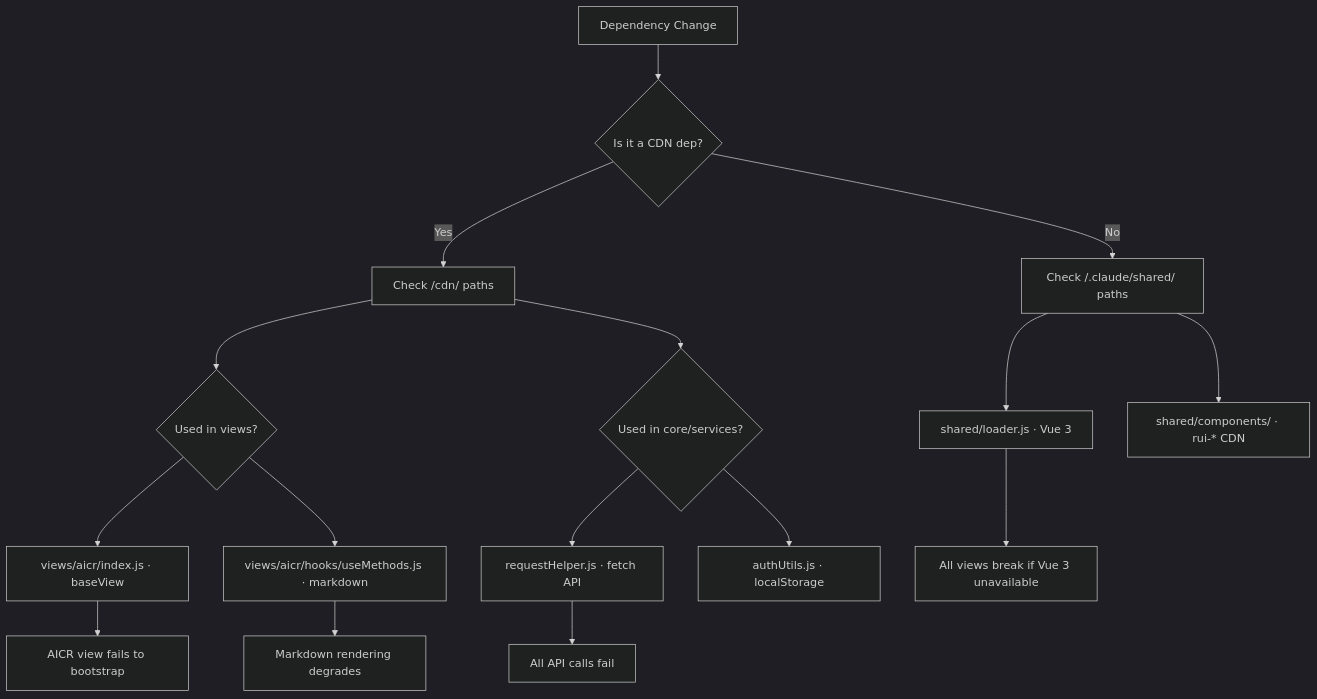
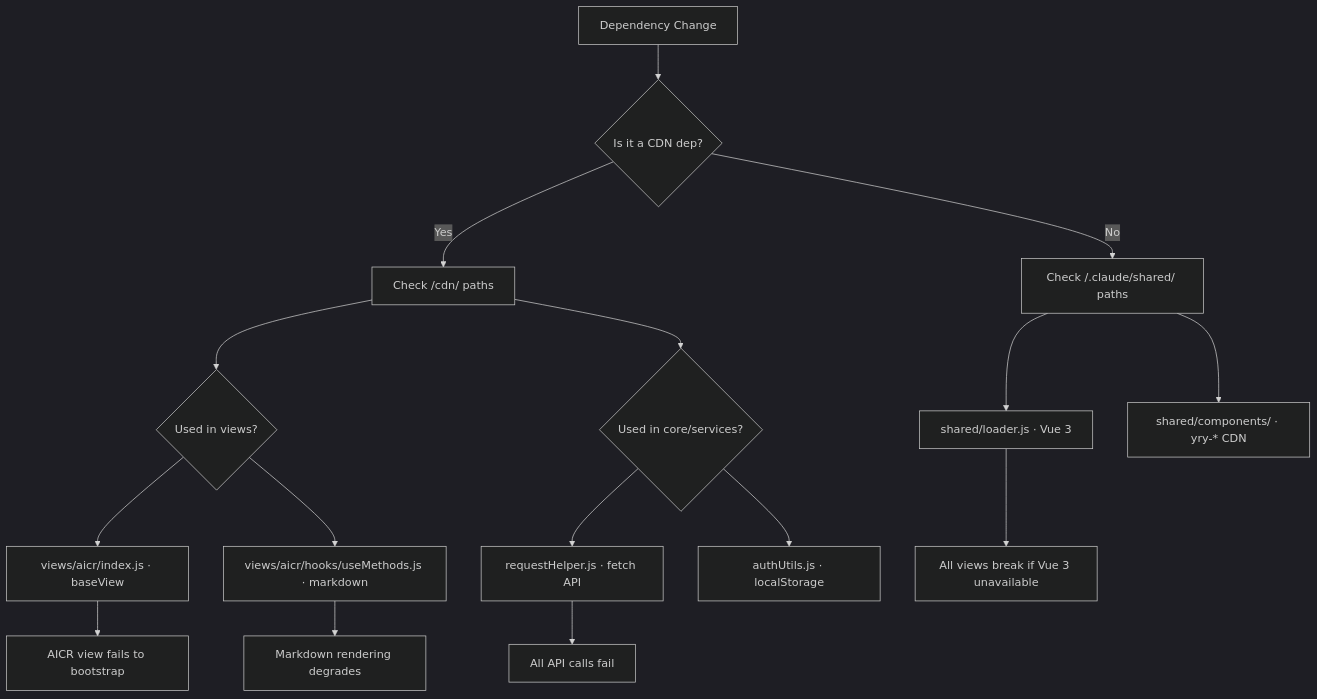
One commit to effiy/YrY changed the diagram in YiDoc/projects/YiWeb/arch/scene-4-dependency-change-impact/index.md. Above: the diagram before and after it, drawn with Mermaid (dark theme). The commit also changed other lines of this file and 1407 other files, not shown here.

````diff
--- a/YiDoc/projects/YiWeb/arch/scene-4-dependency-change-impact/index.md
+++ b/YiDoc/projects/YiWeb/arch/scene-4-dependency-change-impact/index.md
@@ -9,18 +9,18 @@
 ```mermaid
 graph TD
     A[Dependency Change] --> B{Is it a CDN dep?}
     B -->|Yes| C[Check /cdn/ paths]
     B -->|No| D[Check /.claude/shared/ paths]
     C --> E{Used in views?}
     C --> F{Used in core/services?}
     D --> G[shared/loader.js · Vue 3]
-    D --> H[shared/components/ · rui-* CDN]
+    D --> H[shared/components/ · yry-* CDN]
     E --> I[views/aicr/index.js · baseView]
     E --> J[views/aicr/hooks/useMethods.js · markdown]
     F --> K[requestHelper.js · fetch API]
     F --> L[authUtils.js · localStorage]
     G --> M[All views break if Vue 3 unavailable]
     I --> N[AICR view fails to bootstrap]
     J --> O[Markdown rendering degrades]
     K --> P[All API calls fail]
 ```
````
